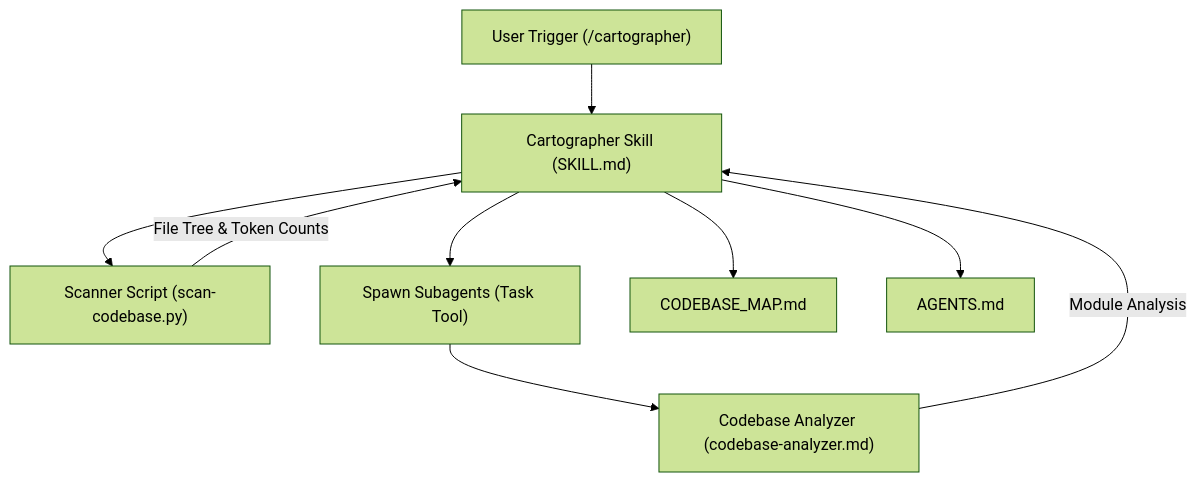
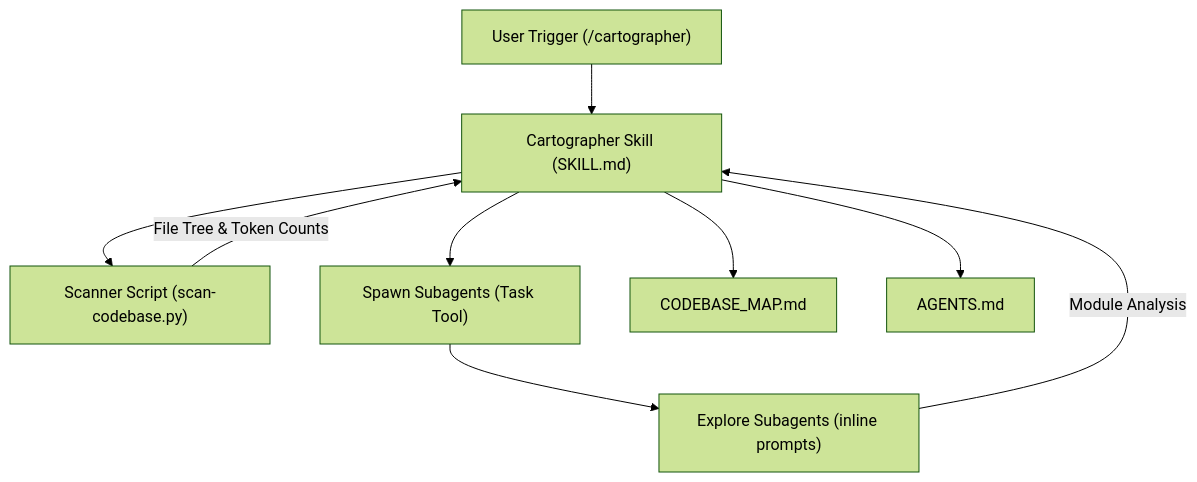
The first of 2 diagrams in docs/CODEBASE_MAP.md (MPGek/cartographer-cursor), drawn with Mermaid (forest theme) before and after one commit. The commit also changed other lines of this file and 2 other files, not shown here.

Commit message:
Removed useless subagent.

````diff
--- a/docs/CODEBASE_MAP.md
+++ b/docs/CODEBASE_MAP.md
@@ -19,11 +19,11 @@
 ```mermaid
 graph TD
     User["User Trigger (/cartographer)"] --> Skill["Cartographer Skill (SKILL.md)"]
     Skill --> Scanner["Scanner Script (scan-codebase.py)"]
     Scanner -- "File Tree & Token Counts" --> Skill
     Skill --> SubagentSpawn["Spawn Subagents (Task Tool)"]
-    SubagentSpawn --> Analyzer["Codebase Analyzer (codebase-analyzer.md)"]
-    Analyzer -- "Module Analysis" --> Skill
+    SubagentSpawn --> Subagents["Explore Subagents (inline prompts)"]
+    Subagents -- "Module Analysis" --> Skill
     Skill --> Map["CODEBASE_MAP.md"]
     Skill --> Summary["AGENTS.md"]
 ```
````
